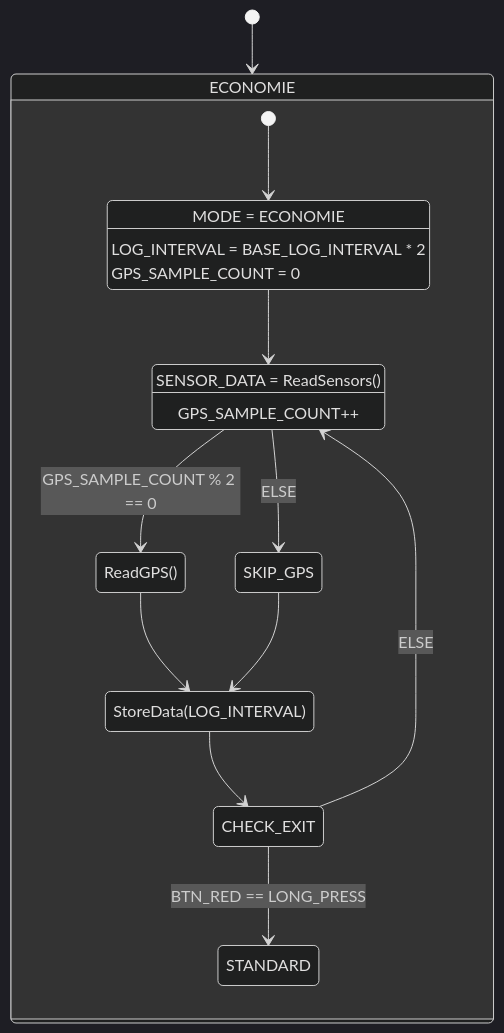
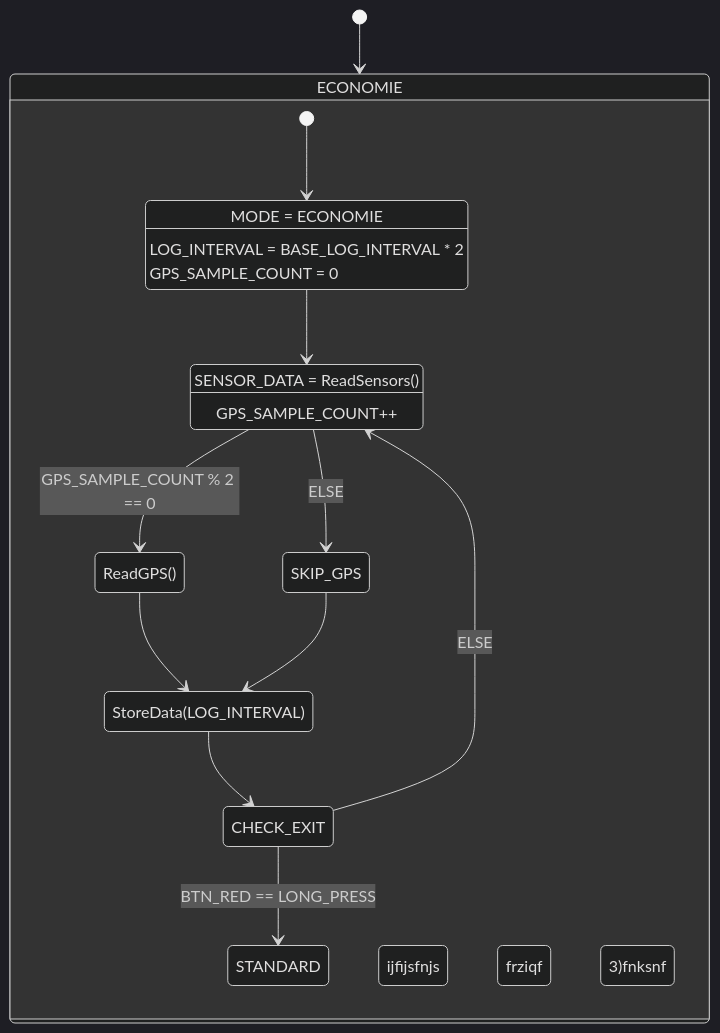
One commit to MartRev/Livrable-2-2026-Proejt-S3E changed the fifth of 5 diagrams in README.md. Above: the diagram before and after it, drawn with Mermaid (dark theme).

````diff
--- a/README.md
+++ b/README.md
@@ -378,34 +378,36 @@
 ```mermaid
 stateDiagram-v2
 
     [*] --> ECONOMIE
 
     state ECONOMIE {
 
         [*] --> INIT_ECO
 
         INIT_ECO : MODE = ECONOMIE
         INIT_ECO : LOG_INTERVAL = BASE_LOG_INTERVAL * 2
         INIT_ECO : GPS_SAMPLE_COUNT = 0
 
         INIT_ECO --> RUN_ECO
 
         RUN_ECO : SENSOR_DATA = ReadSensors()
         RUN_ECO : GPS_SAMPLE_COUNT++
 
         RUN_ECO --> READ_GPS : GPS_SAMPLE_COUNT % 2 == 0
         RUN_ECO --> SKIP_GPS : ELSE
 
         READ_GPS : ReadGPS()
         READ_GPS --> STORE_DATA
 
         SKIP_GPS --> STORE_DATA
 
         STORE_DATA : StoreData(LOG_INTERVAL)
 
         STORE_DATA --> CHECK_EXIT
 
         CHECK_EXIT --> STANDARD : BTN_RED == LONG_PRESS
         CHECK_EXIT --> RUN_ECO : ELSE
+ijfijsfnjs frziqf
+3)fnksnf
     }
 ```
````
